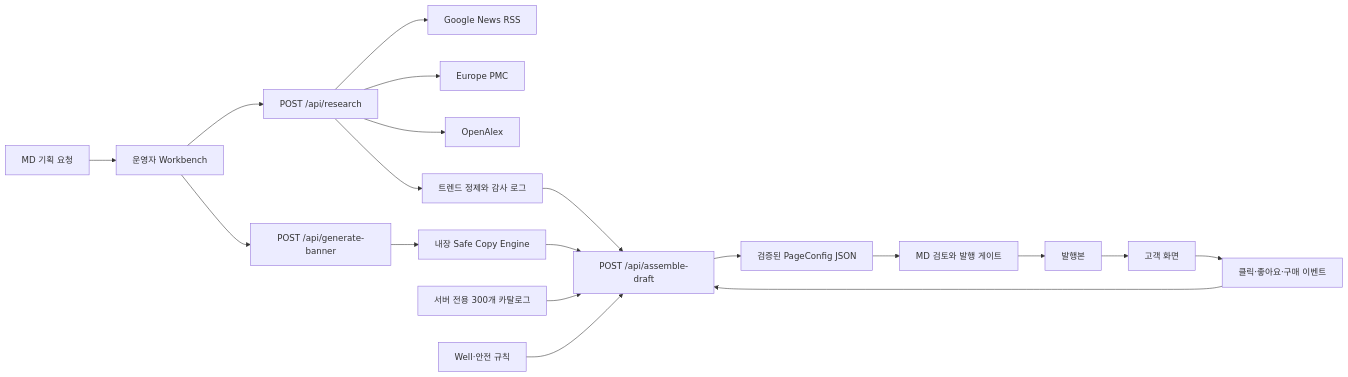
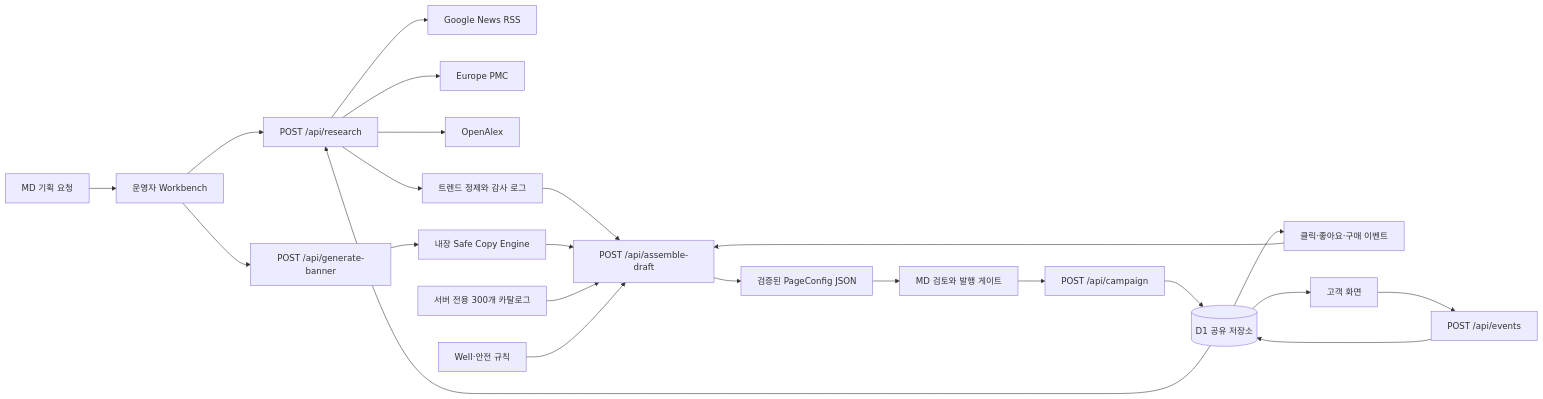
The diagram in README.md (kwakhyun/olive-better-workbench), drawn with Mermaid before and after one commit. The commit also changed other lines of this file and 36 other files, not shown here.

````diff
--- a/README.md
+++ b/README.md
@@ -43,25 +43,29 @@
 ```mermaid
 flowchart LR
     MD[MD 기획 요청] --> WB[운영자 Workbench]
 
     WB --> RESEARCH[POST /api/research]
     RESEARCH --> NEWS[Google News RSS]
     RESEARCH --> PMC[Europe PMC]
     RESEARCH --> OA[OpenAlex]
     RESEARCH --> CLEAN[트렌드 정제와 감사 로그]
 
     WB --> COPY[POST /api/generate-banner]
     COPY --> SAFE[내장 Safe Copy Engine]
 
     CLEAN --> DRAFT[POST /api/assemble-draft]
     SAFE --> DRAFT
     CATALOG[서버 전용 300개 카탈로그] --> DRAFT
     RULES[Well·안전 규칙] --> DRAFT
-    EVENTS[클릭·좋아요·구매 이벤트] --> DRAFT
+    D1[(D1 공유 저장소)] --> EVENTS[클릭·좋아요·구매 이벤트]
+    EVENTS --> DRAFT
+    D1 --> RESEARCH
 
     DRAFT --> JSON[검증된 PageConfig JSON]
     JSON --> REVIEW[MD 검토와 발행 게이트]
-    REVIEW --> PUBLISHED[발행본]
-    PUBLISHED --> SHOP[고객 화면]
-    SHOP --> EVENTS
+    REVIEW --> PUBLISH[POST /api/campaign]
+    PUBLISH --> D1
+    D1 --> SHOP[고객 화면]
+    SHOP --> EVENT_API[POST /api/events]
+    EVENT_API --> D1
 ```
````
